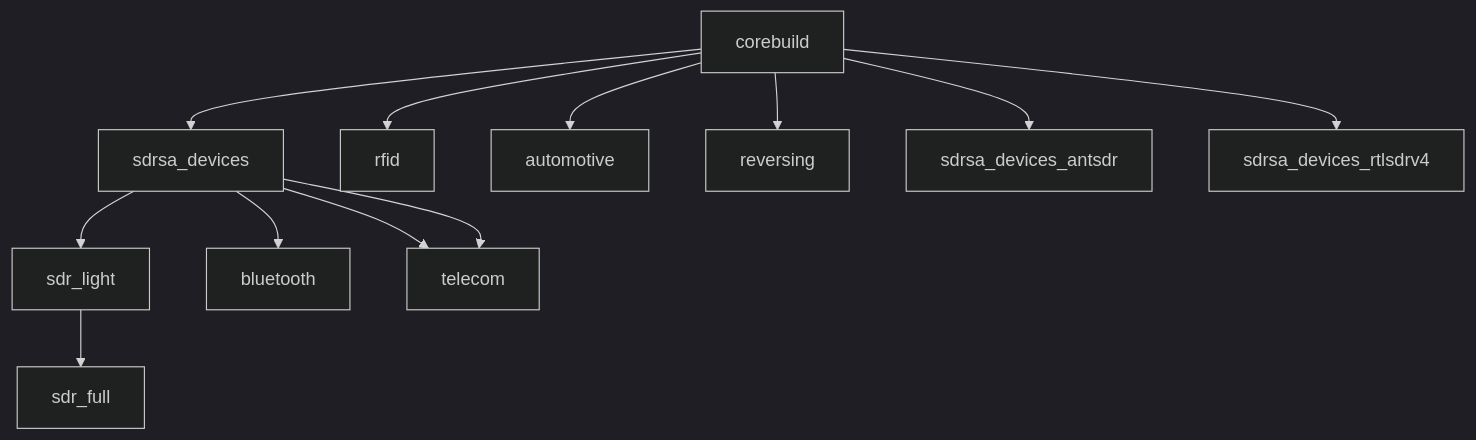
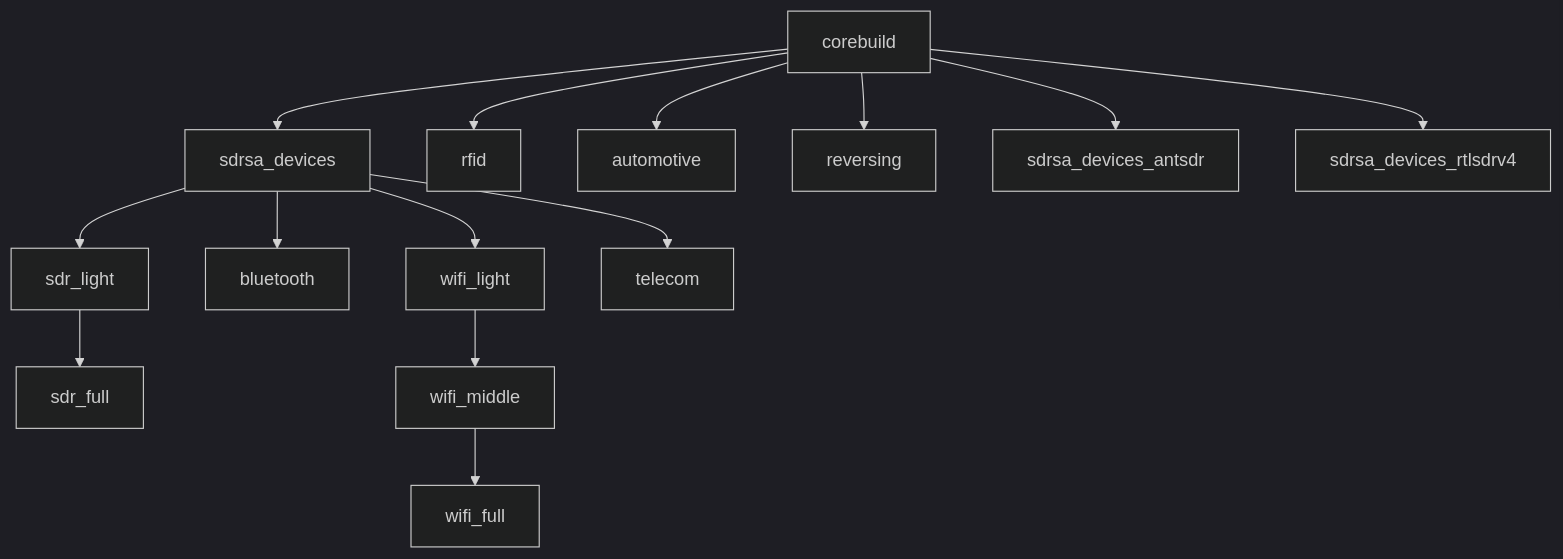
Before and after one commit to PentHertz/rfswift-doc-v2: the diagram in content/docs/guide/list-of-tools.md, drawn with Mermaid (dark theme). The commit also changed other lines of this file, not shown here.

Commit message:
Adding details of splitted wifi

````diff
--- a/content/docs/guide/list-of-tools.md
+++ b/content/docs/guide/list-of-tools.md
@@ -20,14 +20,16 @@
 ```mermaid
 graph TD;
     A[corebuild]-->B[sdrsa_devices];
     A-->C[rfid];
     A-->D[automotive];
     A-->E[reversing];
     A-->F[sdrsa_devices_antsdr];
     A-->G[sdrsa_devices_rtlsdrv4];
     B[sdrsa_devices]-->H[sdr_light];
     B[sdrsa_devices]-->I[bluetooth];
-    B[sdrsa_devices]-->J[wifi];
-    B[sdrsa_devices]-->J[telecom];
-    H-->K[sdr_full]
+    B[sdrsa_devices]-->J[wifi_light];
+    B[sdrsa_devices]-->K[telecom];
+    H-->L[sdr_full]
+    J-->M[wifi_middle]
+    M-->N[wifi_full]
 ```
````
